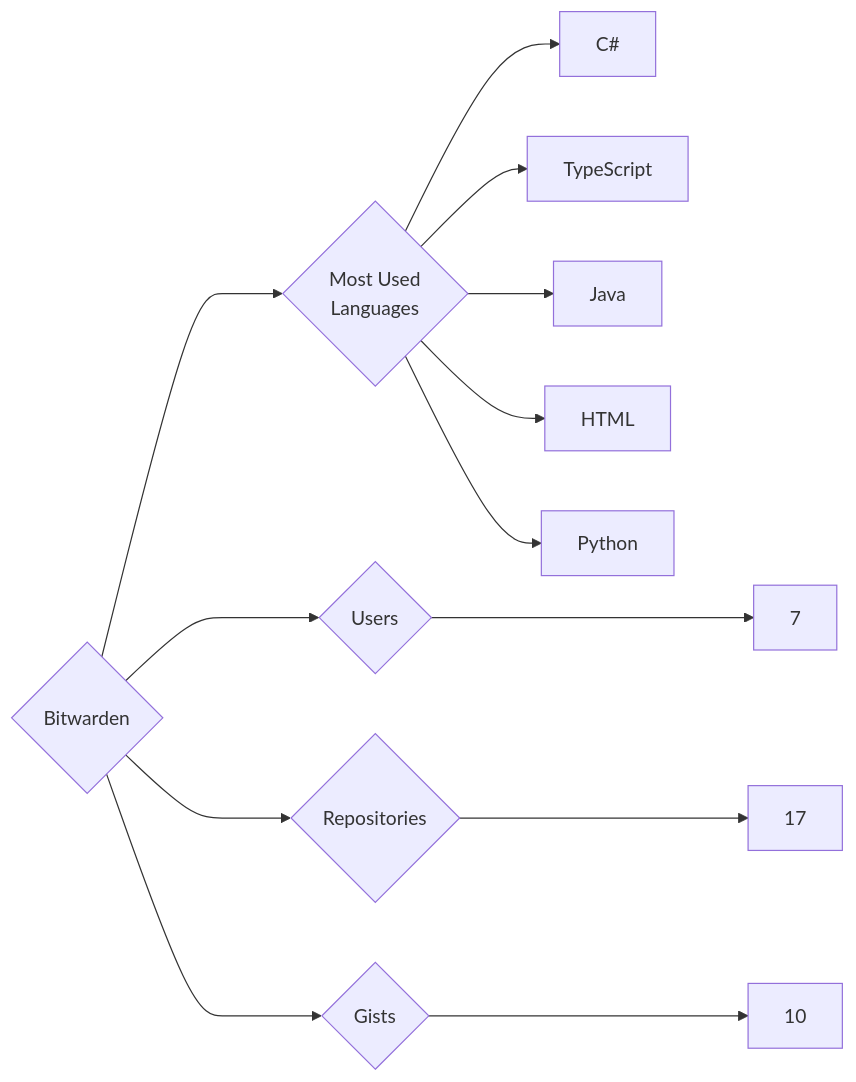
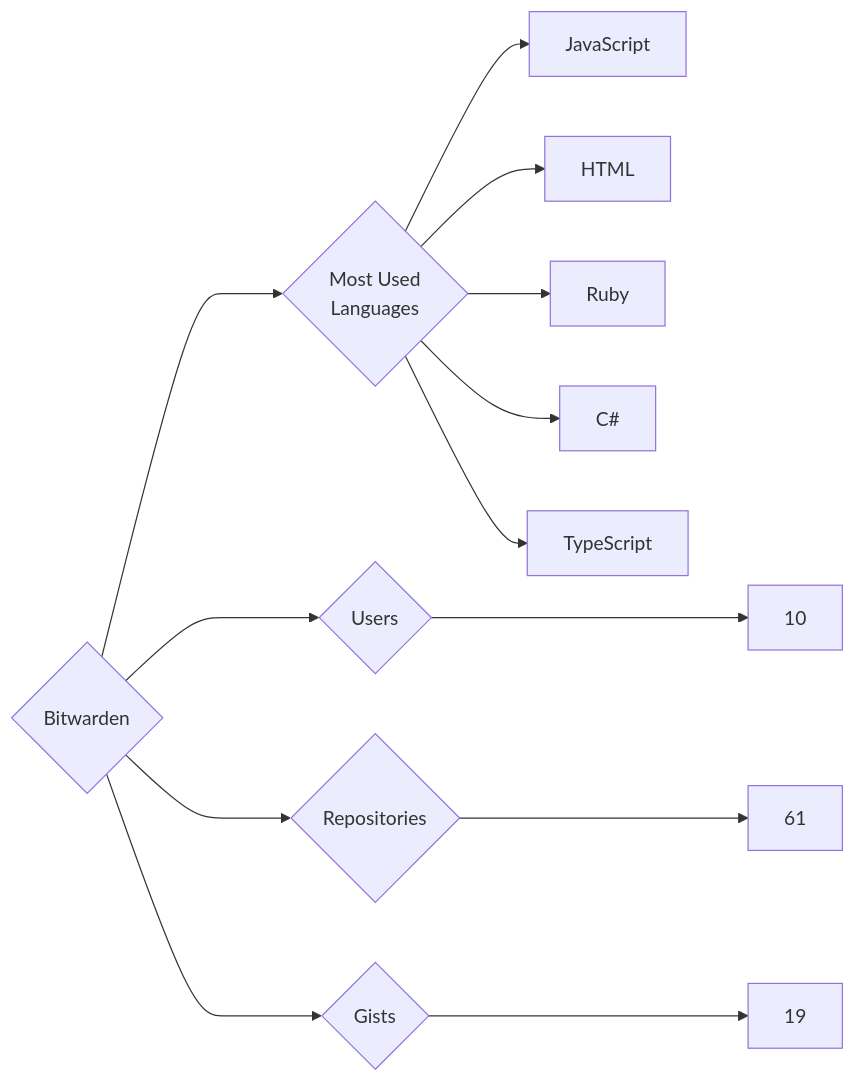
Before and after one commit to trickest/insiders: the diagram in targets/Bitwarden/README.md, drawn with Mermaid. The commit also changed 1166 other files, not shown here.

````diff
--- a/targets/Bitwarden/README.md
+++ b/targets/Bitwarden/README.md
@@ -3,13 +3,13 @@
 ```mermaid
 graph LR
 COMPANY_NAME{Bitwarden}
-COMPANY_NAME ---> U{Users} ---> UN[7]
-COMPANY_NAME ---> R{Repositories} ---> RN[17]
-COMPANY_NAME ---> G{Gists} ---> GN[10]
+COMPANY_NAME ---> U{Users} ---> UN[10]
+COMPANY_NAME ---> R{Repositories} ---> RN[61]
+COMPANY_NAME ---> G{Gists} ---> GN[19]
 COMPANY_NAME ---> ML{Most Used<br>Languages}
+ML --> JavaScript[JavaScript]
+ML --> HTML[HTML]
+ML --> Ruby[Ruby]
 ML --> C#[C#]
 ML --> TypeScript[TypeScript]
-ML --> Java[Java]
-ML --> HTML[HTML]
-ML --> Python[Python]
 ```
````
